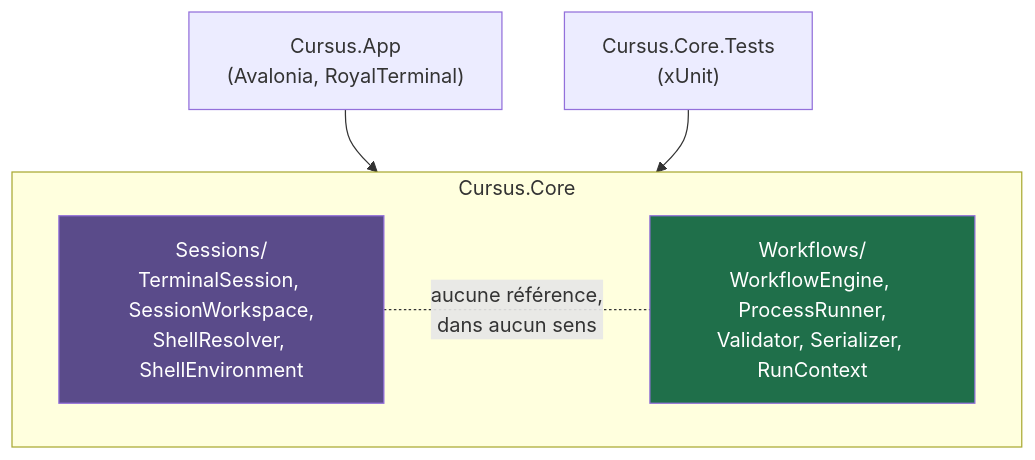
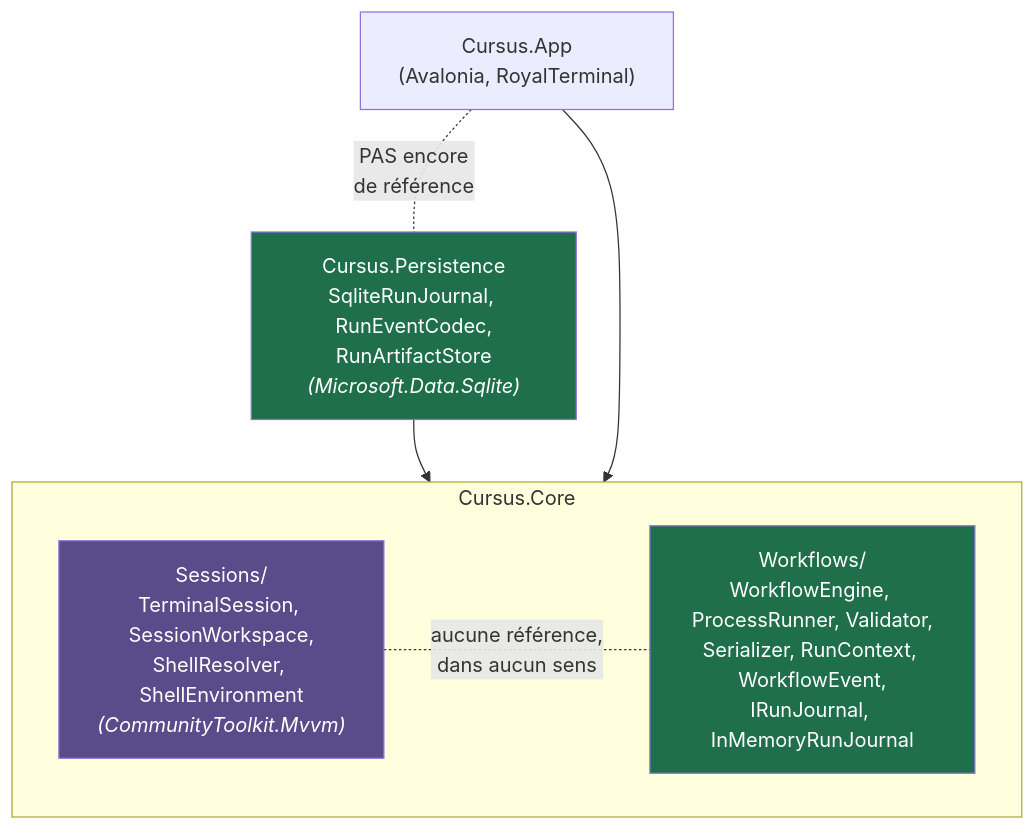
The first of 4 diagrams in docs/design/architecture.md (Apemb/Cursus), drawn with Mermaid before and after one commit. The commit also changed other lines of this file, not shown here.

````diff
--- a/docs/design/architecture.md
+++ b/docs/design/architecture.md
@@ -45,13 +46,15 @@
 ```mermaid
 graph TD
     subgraph CoreLib["Cursus.Core"]
-        Sessions["Sessions/<br/>TerminalSession, SessionWorkspace,<br/>ShellResolver, ShellEnvironment"]
-        Workflows["Workflows/<br/>WorkflowEngine, ProcessRunner,<br/>Validator, Serializer, RunContext"]
+        Sessions["Sessions/<br/>TerminalSession, SessionWorkspace,<br/>ShellResolver, ShellEnvironment<br/><i>(CommunityToolkit.Mvvm)</i>"]
+        Workflows["Workflows/<br/>WorkflowEngine, ProcessRunner, Validator,<br/>Serializer, RunContext, WorkflowEvent,<br/>IRunJournal, InMemoryRunJournal"]
     end
+    Persistence["Cursus.Persistence<br/>SqliteRunJournal, RunEventCodec,<br/>RunArtifactStore<br/><i>(Microsoft.Data.Sqlite)</i>"] --> CoreLib
     App["Cursus.App<br/>(Avalonia, RoyalTerminal)"] --> CoreLib
-    Tests["Cursus.Core.Tests<br/>(xUnit)"] --> CoreLib
+    App -. "PAS encore<br/>de référence" .- Persistence
     Sessions -. "aucune référence,<br/>dans aucun sens" .- Workflows
 
     style Workflows fill:#1f6f4a,color:#fff
+    style Persistence fill:#1f6f4a,color:#fff
     style Sessions fill:#5a4b8a,color:#fff
 ```
````
